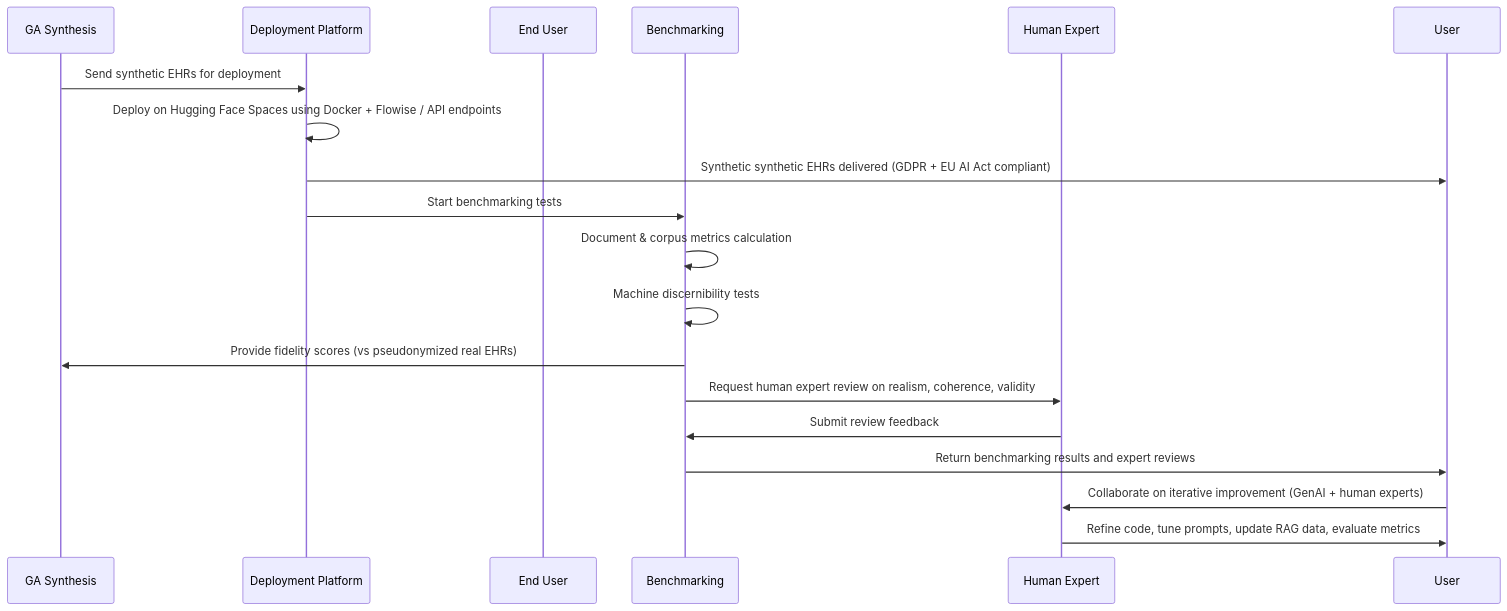
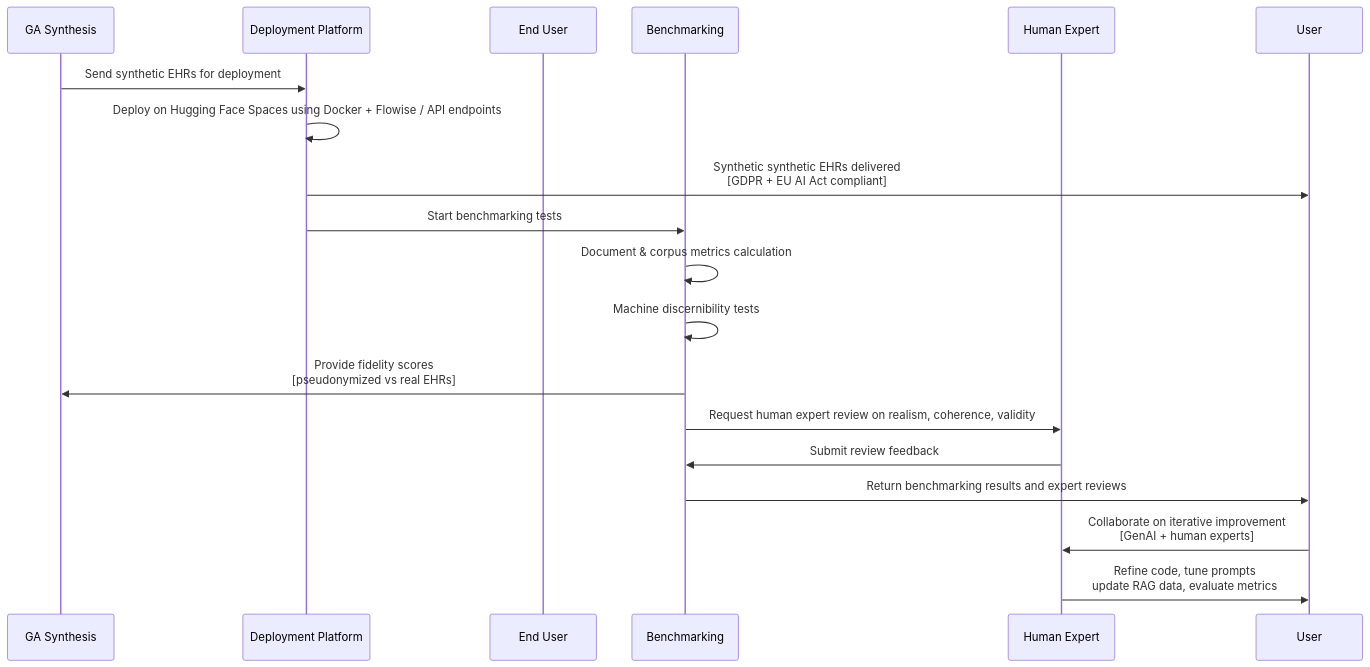
Before and after one commit to HR-DataLab-Healthcare/RESEARCH_SUPPORT: the second of 8 diagrams in PROJECTS/Generative_Agent_based_Data-Synthesis/Readme.md, drawn with Mermaid. The commit also changed other lines of this file, not shown here.

````diff
--- a/PROJECTS/Generative_Agent_based_Data-Synthesis/Readme.md
+++ b/PROJECTS/Generative_Agent_based_Data-Synthesis/Readme.md
@@ -61,24 +61,24 @@
 ```mermaid 
 sequenceDiagram
     participant GA as GA Synthesis
     participant Deploy as Deployment Platform
     participant End User
     participant Benchmark as Benchmarking 
     participant Expert as Human Expert
 
     GA->>Deploy: Send synthetic EHRs for deployment
     Deploy->>Deploy: Deploy on Hugging Face Spaces using Docker + Flowise / API endpoints
-    Deploy->>User: Synthetic synthetic EHRs delivered (GDPR + EU AI Act compliant)
+    Deploy->>User: Synthetic synthetic EHRs delivered <br> [GDPR + EU AI Act compliant]
 
     Deploy->>Benchmark: Start benchmarking tests
     Benchmark->>Benchmark: Document & corpus metrics calculation
     Benchmark->>Benchmark: Machine discernibility tests
-    Benchmark->>GA: Provide fidelity scores (vs pseudonymized real EHRs)
+    Benchmark->>GA: Provide fidelity scores <br> [pseudonymized  vs real EHRs]
     Benchmark->>Expert: Request human expert review on realism, coherence, validity
 
     Expert->>Benchmark: Submit review feedback
     Benchmark->>User: Return benchmarking results and expert reviews
 
-    User->>Expert: Collaborate on iterative improvement (GenAI + human experts)
-    Expert->>User: Refine code, tune prompts, update RAG data, evaluate metrics
+    User->>Expert: Collaborate on iterative improvement <br> [GenAI + human experts]
+    Expert->>User: Refine code, tune prompts <br>  update RAG data, evaluate metrics
  ```
````
